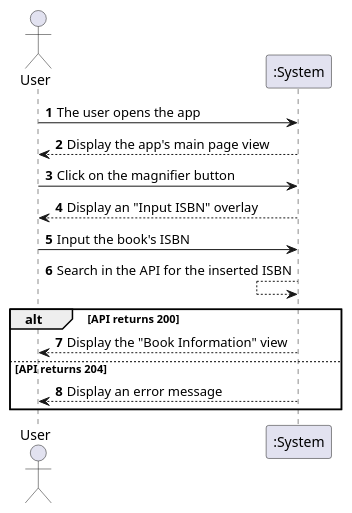
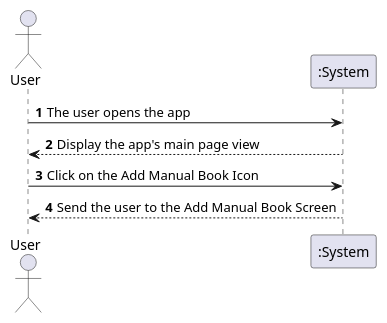
Before and after one commit to VitorHTeixeira/DSSMV_ProjectDroid_1232067_1241131_1241008: the diagram in UMLs/UC_SSD/uml/UCMS_UCSSD/UCMS2_UCSSD.puml, drawn with PlantUML. The commit also changed 32 other files, not shown here.

```diff
--- a/UMLs/UC_SSD/uml/UCMS_UCSSD/UCMS2_UCSSD.puml
+++ b/UMLs/UC_SSD/uml/UCMS_UCSSD/UCMS2_UCSSD.puml
@@ -1,24 +1,13 @@
 @startuml
 'https://plantuml.com/sequence-diagram
 
 autonumber
 
 actor "User" as user
 participant ":System" as sys
 
 user -> sys: The user opens the app
 user <-- sys: Display the app's main page view
-
-user -> sys: Click on the magnifier button
-user <-- sys: Display an "Input ISBN" overlay
-
-user -> sys: Input the book's ISBN
-sys <-- sys: Search in the API for the inserted ISBN
-
-alt API returns 200
-user <-- sys: Display the "Book Information" view
-else API returns 204
-user <-- sys: Display an error message
-'("Sorry, but the book was not found. Try to insert the ISBN manually")
-end
+user -> sys: Click on the Add Manual Book Icon
+user <-- sys: Send the user to the Add Manual Book Screen
 @enduml
```
